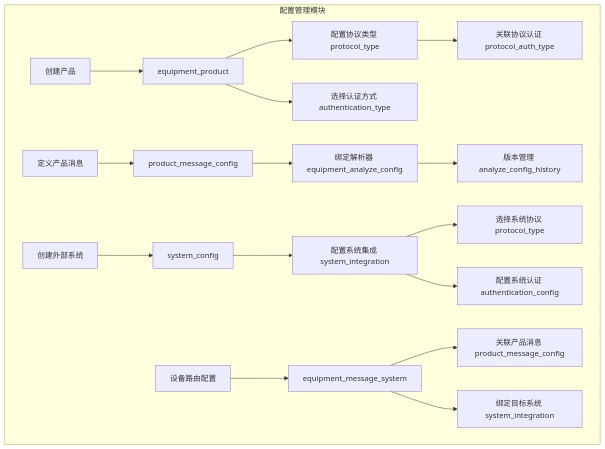
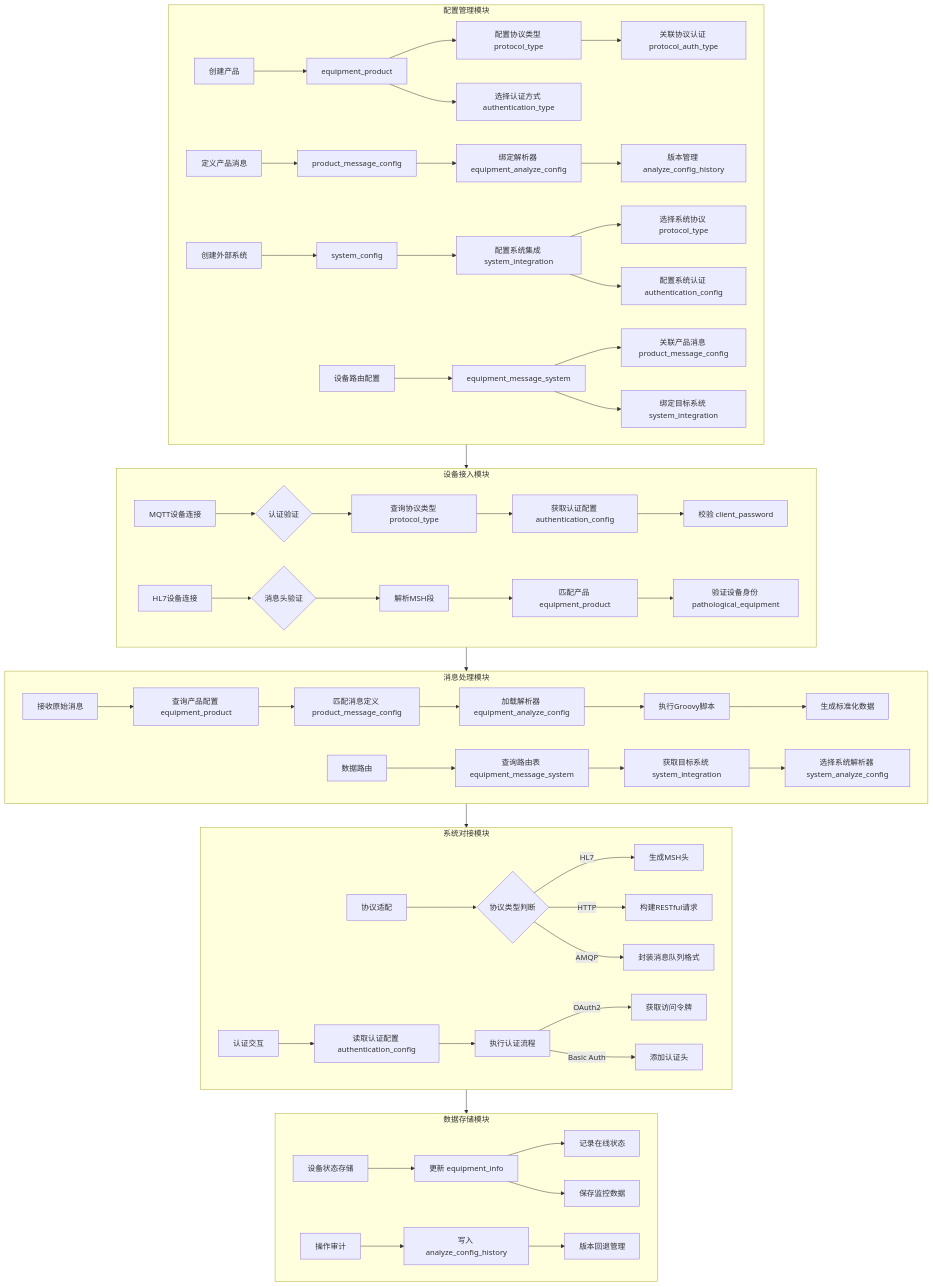
The diagram in all/未命名-5.md (fuyong859050943/iodraw-files), drawn with Mermaid before and after one commit.

Commit message:
2025-02-25 17:38:08 update

````diff
--- a/all/未命名-5.md
+++ b/all/未命名-5.md
@@ -1,23 +1,72 @@
 ```mermaid
 flowchart TD
     subgraph 配置管理模块
         A1[创建产品] --> A2[equipment_product]
         A2 --> A3[配置协议类型 protocol_type]
         A2 --> A4[选择认证方式 authentication_type]
         A3 --> A5[关联协议认证 protocol_auth_type]
         
         B1[定义产品消息] --> B2[product_message_config]
         B2 --> B3[绑定解析器 equipment_analyze_config]
         B3 --> B4[版本管理 analyze_config_history]
         
         C1[创建外部系统] --> C2[system_config]
         C2 --> C3[配置系统集成 system_integration]
         C3 --> C4[选择系统协议 protocol_type]
         C3 --> C5[配置系统认证 authentication_config]
         
         D1[设备路由配置] --> D2[equipment_message_system]
         D2 --> D3[关联产品消息 product_message_config]
         D2 --> D4[绑定目标系统 system_integration]
     end
-
+    
+    subgraph 设备接入模块
+        E1[MQTT设备连接] --> E2{认证验证}
+        E2 --> E3[查询协议类型 protocol_type]
+        E3 --> E4[获取认证配置 authentication_config]
+        E4 --> E5[校验 client_password]
+        
+        F1[HL7设备连接] --> F2{消息头验证}
+        F2 --> F3[解析MSH段]
+        F3 --> F4[匹配产品 equipment_product]
+        F4 --> F5[验证设备身份 pathological_equipment]
+    end
+    
+    subgraph 消息处理模块
+        G1[接收原始消息] --> G2[查询产品配置 equipment_product]
+        G2 --> G3[匹配消息定义 product_message_config]
+        G3 --> G4[加载解析器 equipment_analyze_config]
+        G4 --> G5[执行Groovy脚本]
+        G5 --> G6[生成标准化数据]
+        
+        H1[数据路由] --> H2[查询路由表 equipment_message_system]
+        H2 --> H3[获取目标系统 system_integration]
+        H3 --> H4[选择系统解析器 system_analyze_config]
+    end
+    
+    subgraph 系统对接模块
+        I1[协议适配] --> I2{协议类型判断}
+        I2 -->|HL7| I3[生成MSH头]
+        I2 -->|HTTP| I4[构建RESTful请求]
+        I2 -->|AMQP| I5[封装消息队列格式]
+        
+        J1[认证交互] --> J2[读取认证配置 authentication_config]
+        J2 --> J3[执行认证流程]
+        J3 -->|OAuth2| J4[获取访问令牌]
+        J3 -->|Basic Auth| J5[添加认证头]
+    end
+    
+    subgraph 数据存储模块
+        K1[设备状态存储] --> K2[更新 equipment_info]
+        K2 --> K3[记录在线状态]
+        K2 --> K4[保存监控数据]
+        
+        L1[操作审计] --> L2[写入 analyze_config_history]
+        L2 --> L3[版本回退管理]
+    end
+    
+    配置管理模块 --> 设备接入模块
+    设备接入模块 --> 消息处理模块
+    消息处理模块 --> 系统对接模块
+    系统对接模块 --> 数据存储模块
 ```
````
